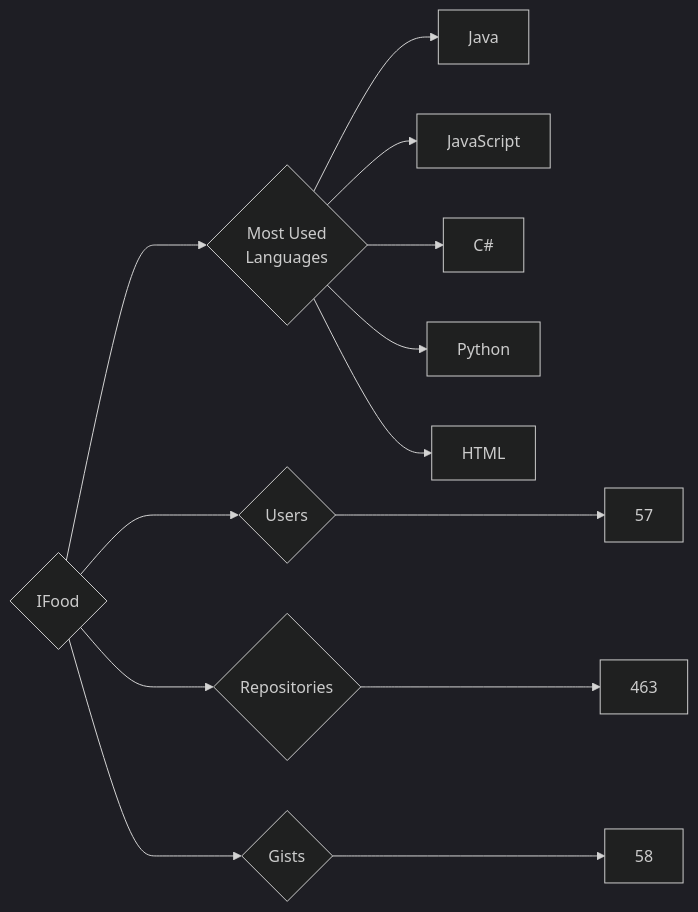
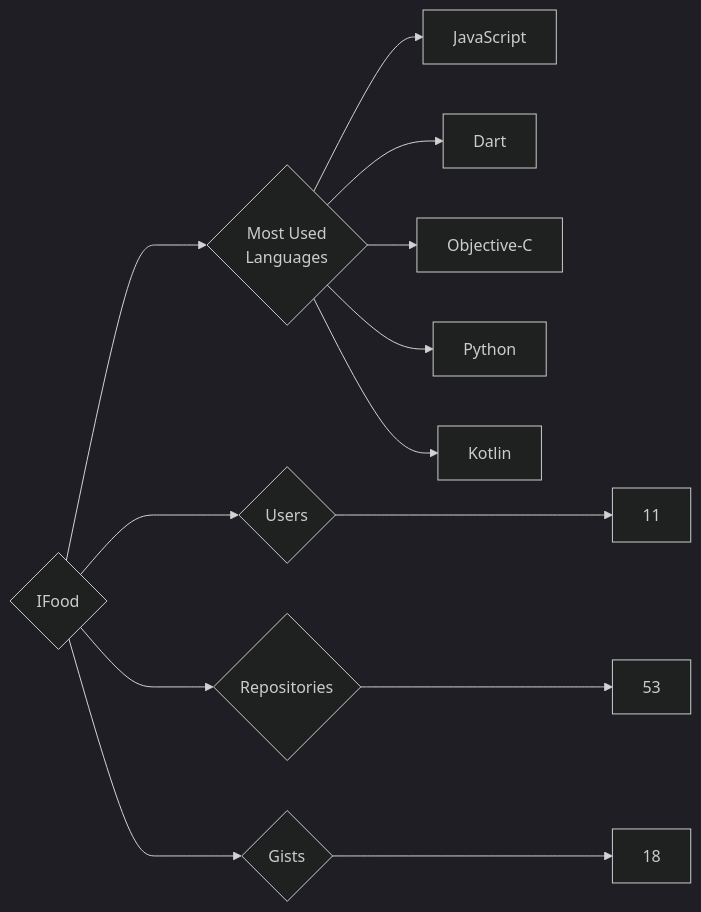
The diagram in targets/IFood/README.md (trickest/insiders), drawn with Mermaid (dark theme) before and after one commit. The commit also changed 882 other files, not shown here.

````diff
--- a/targets/IFood/README.md
+++ b/targets/IFood/README.md
@@ -3,13 +3,13 @@
 ```mermaid
 graph LR
 COMPANY_NAME{IFood}
-COMPANY_NAME ---> U{Users} ---> UN[57]
-COMPANY_NAME ---> R{Repositories} ---> RN[463]
-COMPANY_NAME ---> G{Gists} ---> GN[58]
+COMPANY_NAME ---> U{Users} ---> UN[11]
+COMPANY_NAME ---> R{Repositories} ---> RN[53]
+COMPANY_NAME ---> G{Gists} ---> GN[18]
 COMPANY_NAME ---> ML{Most Used<br>Languages}
-ML --> Java[Java]
 ML --> JavaScript[JavaScript]
-ML --> C#[C#]
+ML --> Dart[Dart]
+ML --> Objective-C[Objective-C]
 ML --> Python[Python]
-ML --> HTML[HTML]
+ML --> Kotlin[Kotlin]
 ```
````
